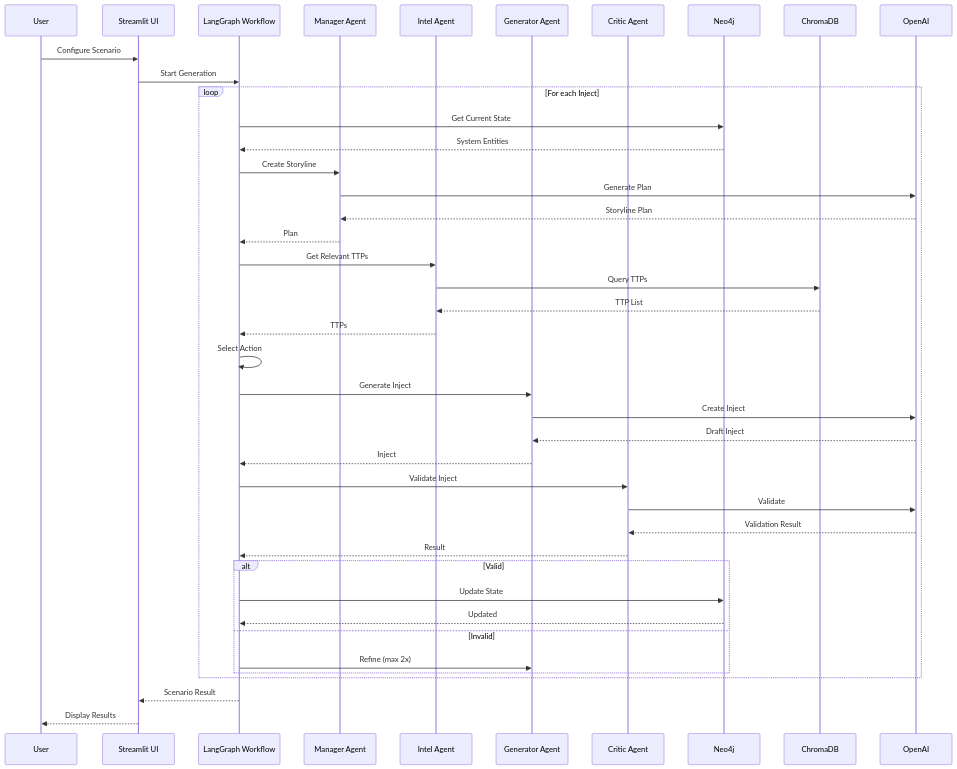
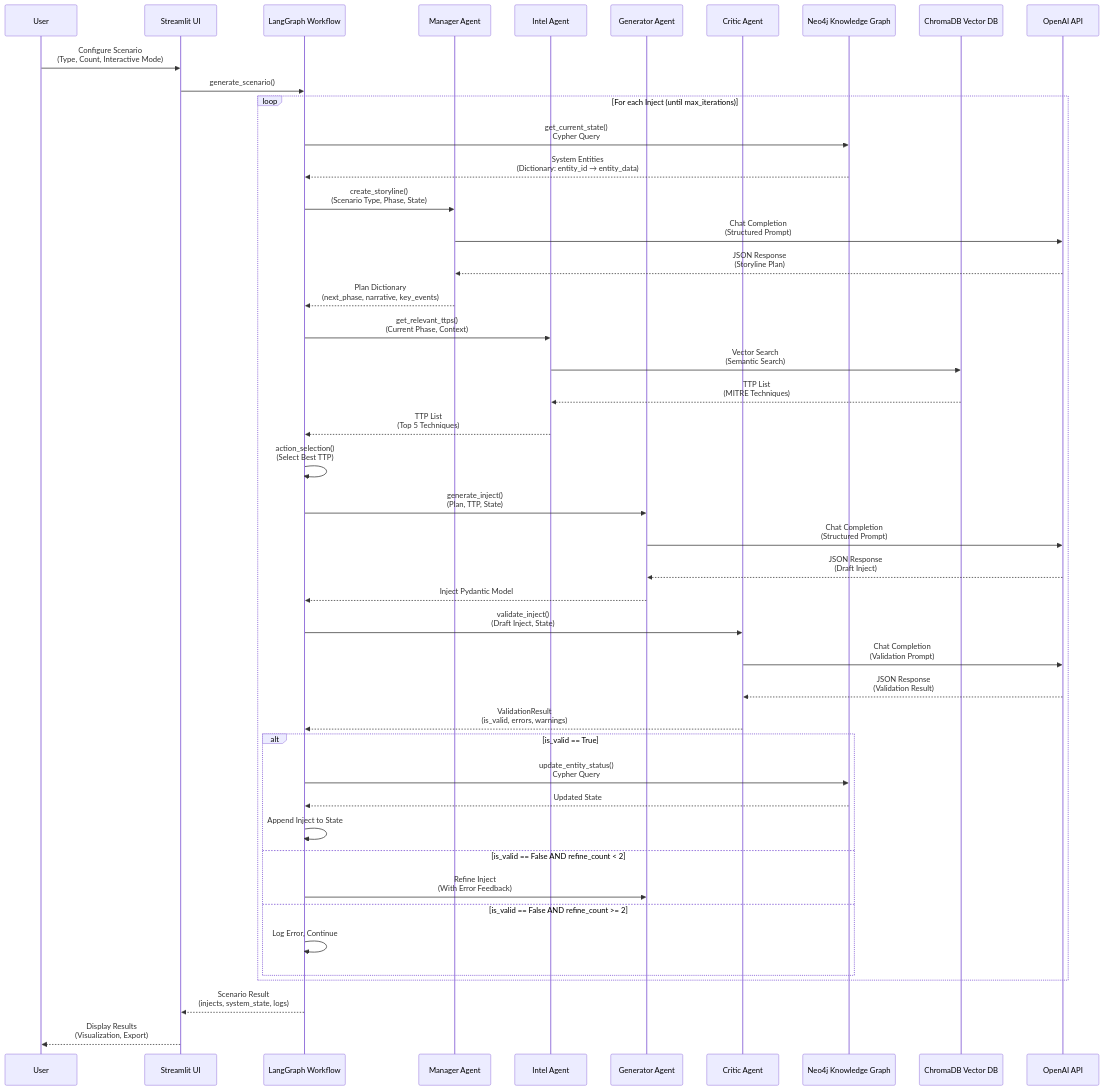
The second of 4 diagrams in ARCHITECTURE.md (FinnHai/Dora-Gen), drawn with Mermaid before and after one commit. The commit also changed other lines of this file and 12 other files, not shown here.

````diff
--- a/ARCHITECTURE.md
+++ b/ARCHITECTURE.md
@@ -89,53 +476,56 @@
 ```mermaid
 sequenceDiagram
     participant User
     participant Frontend as Streamlit UI
     participant Workflow as LangGraph Workflow
     participant Manager as Manager Agent
     participant Intel as Intel Agent
     participant Generator as Generator Agent
     participant Critic as Critic Agent
-    participant Neo4j
-    participant ChromaDB
-    participant OpenAI
+    participant Neo4j as Neo4j Knowledge Graph
+    participant ChromaDB as ChromaDB Vector DB
+    participant OpenAI as OpenAI API
     
-    User->>Frontend: Configure Scenario
-    Frontend->>Workflow: Start Generation
+    User->>Frontend: Configure Scenario<br/>(Type, Count, Interactive Mode)
+    Frontend->>Workflow: generate_scenario()
     
-    loop For each Inject
-        Workflow->>Neo4j: Get Current State
-        Neo4j-->>Workflow: System Entities
+    loop For each Inject (until max_iterations)
+        Workflow->>Neo4j: get_current_state()<br/>Cypher Query
+        Neo4j-->>Workflow: System Entities<br/>(Dictionary: entity_id → entity_data)
         
-        Workflow->>Manager: Create Storyline
-        Manager->>OpenAI: Generate Plan
-        OpenAI-->>Manager: Storyline Plan
-        Manager-->>Workflow: Plan
+        Workflow->>Manager: create_storyline()<br/>(Scenario Type, Phase, State)
+        Manager->>OpenAI: Chat Completion<br/>(Structured Prompt)
+        OpenAI-->>Manager: JSON Response<br/>(Storyline Plan)
+        Manager-->>Workflow: Plan Dictionary<br/>(next_phase, narrative, key_events)
         
-        Workflow->>Intel: Get Relevant TTPs
-        Intel->>ChromaDB: Query TTPs
-        ChromaDB-->>Intel: TTP List
-        Intel-->>Workflow: TTPs
+        Workflow->>Intel: get_relevant_ttps()<br/>(Current Phase, Context)
+        Intel->>ChromaDB: Vector Search<br/>(Semantic Search)
+        ChromaDB-->>Intel: TTP List<br/>(MITRE Techniques)
+        Intel-->>Workflow: TTP List<br/>(Top 5 Techniques)
         
-        Workflow->>Workflow: Select Action
+        Workflow->>Workflow: action_selection()<br/>(Select Best TTP)
         
-        Workflow->>Generator: Generate Inject
-        Generator->>OpenAI: Create Inject
-        OpenAI-->>Generator: Draft Inject
-        Generator-->>Workflow: Inject
+        Workflow->>Generator: generate_inject()<br/>(Plan, TTP, State)
+        Generator->>OpenAI: Chat Completion<br/>(Structured Prompt)
+        OpenAI-->>Generator: JSON Response<br/>(Draft Inject)
+        Generator-->>Workflow: Inject Pydantic Model
         
-        Workflow->>Critic: Validate Inject
-        Critic->>OpenAI: Validate
-        OpenAI-->>Critic: Validation Result
-        Critic-->>Workflow: Result
+        Workflow->>Critic: validate_inject()<br/>(Draft Inject, State)
+        Critic->>OpenAI: Chat Completion<br/>(Validation Prompt)
+        OpenAI-->>Critic: JSON Response<br/>(Validation Result)
+        Critic-->>Workflow: ValidationResult<br/>(is_valid, errors, warnings)
         
-        alt Valid
-            Workflow->>Neo4j: Update State
-            Neo4j-->>Workflow: Updated
-        else Invalid
-            Workflow->>Generator: Refine (max 2x)
+        alt is_valid == True
+            Workflow->>Neo4j: update_entity_status()<br/>Cypher Query
+            Neo4j-->>Workflow: Updated State
+            Workflow->>Workflow: Append Inject to State
+        else is_valid == False AND refine_count < 2
+            Workflow->>Generator: Refine Inject<br/>(With Error Feedback)
+        else is_valid == False AND refine_count >= 2
+            Workflow->>Workflow: Log Error, Continue
         end
     end
     
-    Workflow-->>Frontend: Scenario Result
-    Frontend-->>User: Display Results
+    Workflow-->>Frontend: Scenario Result<br/>(injects, system_state, logs)
+    Frontend-->>User: Display Results<br/>(Visualization, Export)
 ```
````
